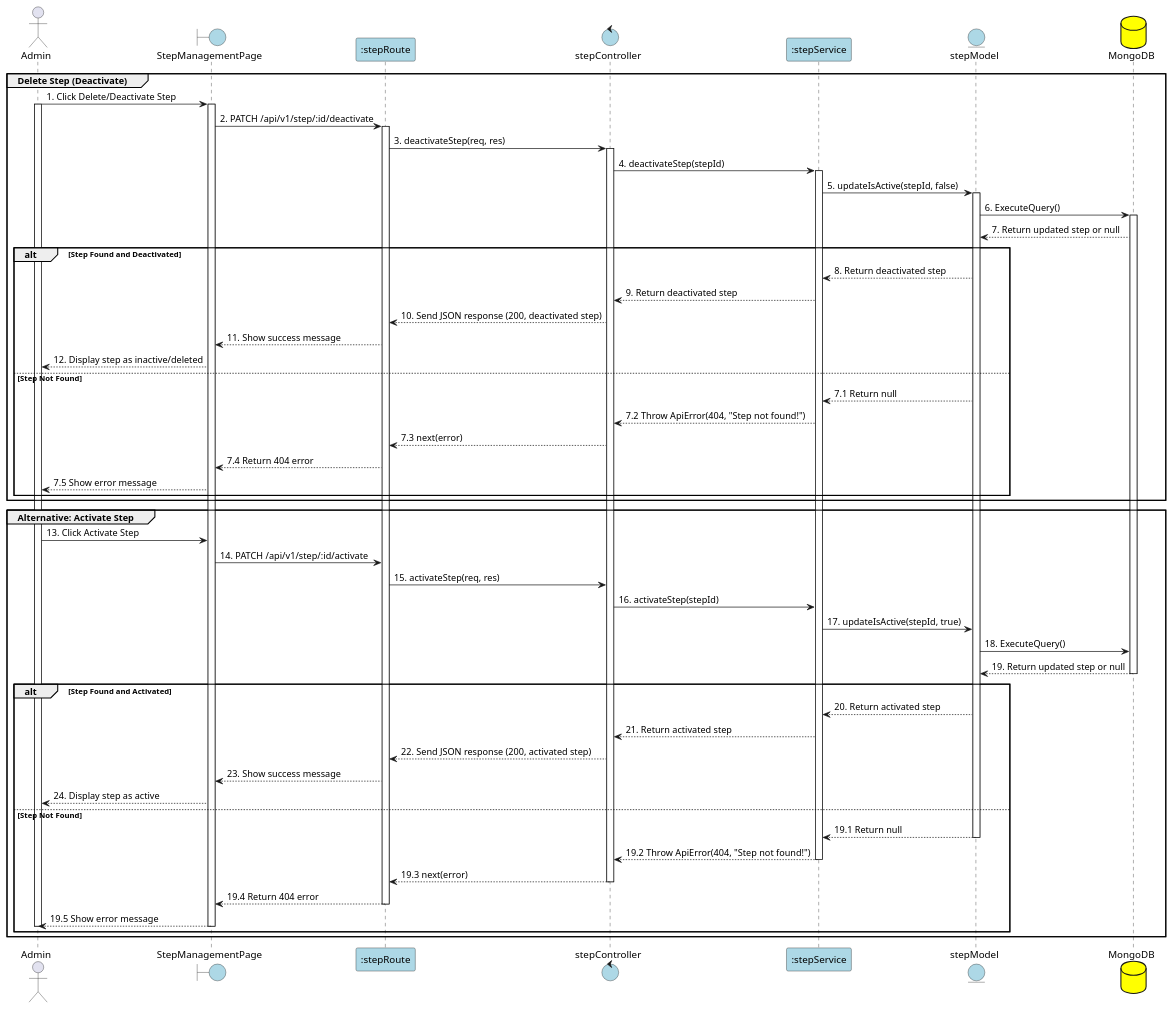
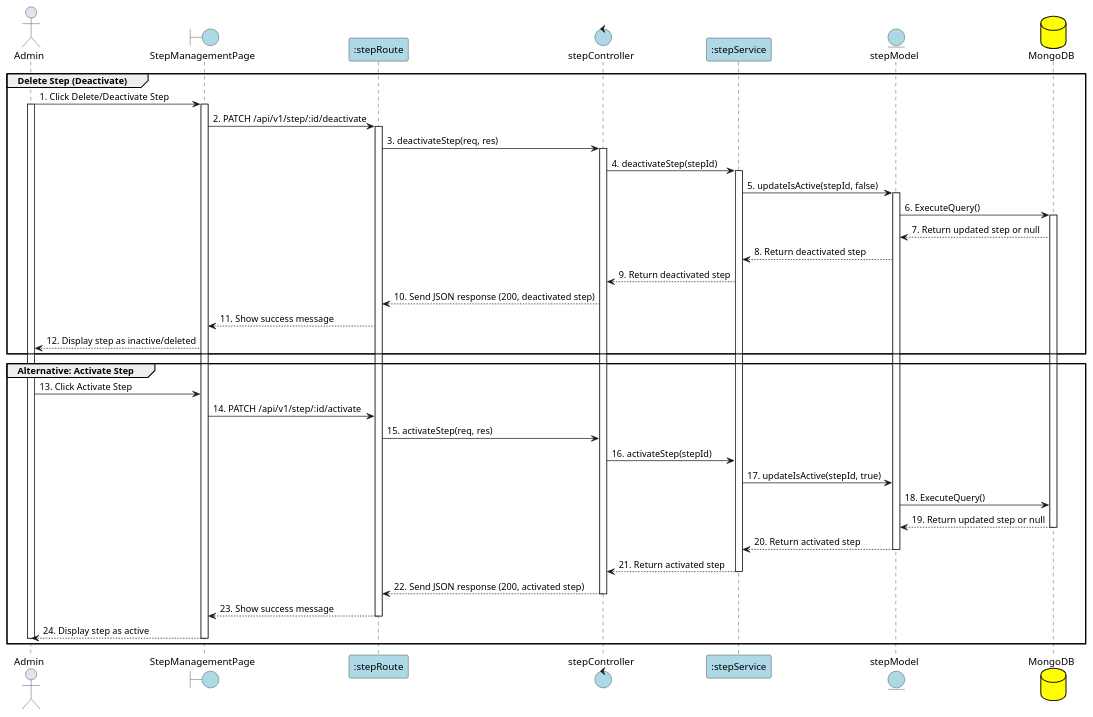
One commit to Aohkne/CaloCook changed the diagram in PlanUML/32_DeleteStep.puml. Above: the diagram before and after it, drawn with PlantUML. The commit also changed 1 other file, not shown here.

```diff
--- a/PlanUML/32_DeleteStep.puml
+++ b/PlanUML/32_DeleteStep.puml
@@ -1,105 +1,78 @@
 @startuml DeleteStep
 
 actor "Admin" as Admin
 boundary "StepManagementPage" as View #lightblue
 participant ":stepRoute" as Route #lightblue
 control "stepController" as Controller #lightblue
 participant ":stepService" as Service #lightblue
 entity "stepModel" as Model #lightblue
 database "MongoDB" as MongoDB #yellow
 
 group Delete Step (Deactivate)
 Admin -> View: 1. Click Delete/Deactivate Step
 activate Admin
 activate View
 
 View -> Route: 2. PATCH /api/v1/step/:id/deactivate
 activate Route
 
 Route -> Controller: 3. deactivateStep(req, res)
 activate Controller
 
 Controller -> Service: 4. deactivateStep(stepId)
 activate Service
 
 Service -> Model: 5. updateIsActive(stepId, false)
 activate Model
 
 Model -> MongoDB: 6. ExecuteQuery()
 activate MongoDB
 
 MongoDB --> Model: 7. Return updated step or null
 
-alt Step Found and Deactivated
-    Model --> Service: 8. Return deactivated step
-    
-    Service --> Controller: 9. Return deactivated step
-    
-    Controller --> Route: 10. Send JSON response (200, deactivated step)
-    
-    Route --> View: 11. Show success message
-    
-    View --> Admin: 12. Display step as inactive/deleted
+Model --> Service: 8. Return deactivated step
 
-else Step Not Found
-    Model --> Service: 7.1 Return null
-    
-    Service --> Controller: 7.2 Throw ApiError(404, "Step not found!")
-    
-    Controller --> Route: 7.3 next(error)
-    
-    Route --> View: 7.4 Return 404 error
-    
-    View --> Admin: 7.5 Show error message
-end
+Service --> Controller: 9. Return deactivated step
+
+Controller --> Route: 10. Send JSON response (200, deactivated step)
+
+Route --> View: 11. Show success message
+
+View --> Admin: 12. Display step as inactive/deleted
 
 end
 
 group Alternative: Activate Step
 Admin -> View: 13. Click Activate Step
 
 View -> Route: 14. PATCH /api/v1/step/:id/activate
 
 Route -> Controller: 15. activateStep(req, res)
 
 Controller -> Service: 16. activateStep(stepId)
 
 Service -> Model: 17. updateIsActive(stepId, true)
 
 Model -> MongoDB: 18. ExecuteQuery()
 
 MongoDB --> Model: 19. Return updated step or null
 deactivate MongoDB
 
-alt Step Found and Activated
-    Model --> Service: 20. Return activated step
-    
-    Service --> Controller: 21. Return activated step
-    
-    Controller --> Route: 22. Send JSON response (200, activated step)
-    
-    Route --> View: 23. Show success message
-    
-    View --> Admin: 24. Display step as active
+Model --> Service: 20. Return activated step
+deactivate Model
 
-else Step Not Found
-    Model --> Service: 19.1 Return null
-    deactivate Model
-    
-    Service --> Controller: 19.2 Throw ApiError(404, "Step not found!")
-    deactivate Service
-    
-    Controller --> Route: 19.3 next(error)
-    deactivate Controller
-    
-    Route --> View: 19.4 Return 404 error
-    deactivate Route
-    
-    View --> Admin: 19.5 Show error message
-    deactivate View
-    deactivate Admin
-end
+Service --> Controller: 21. Return activated step
+deactivate Service
 
+Controller --> Route: 22. Send JSON response (200, activated step)
+deactivate Controller
+
+Route --> View: 23. Show success message
+deactivate Route
+
+View --> Admin: 24. Display step as active
+deactivate View
+deactivate Admin
 end
 
 @enduml
```
